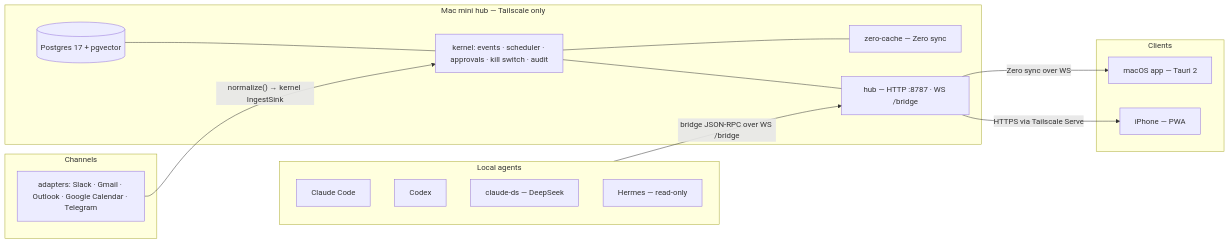
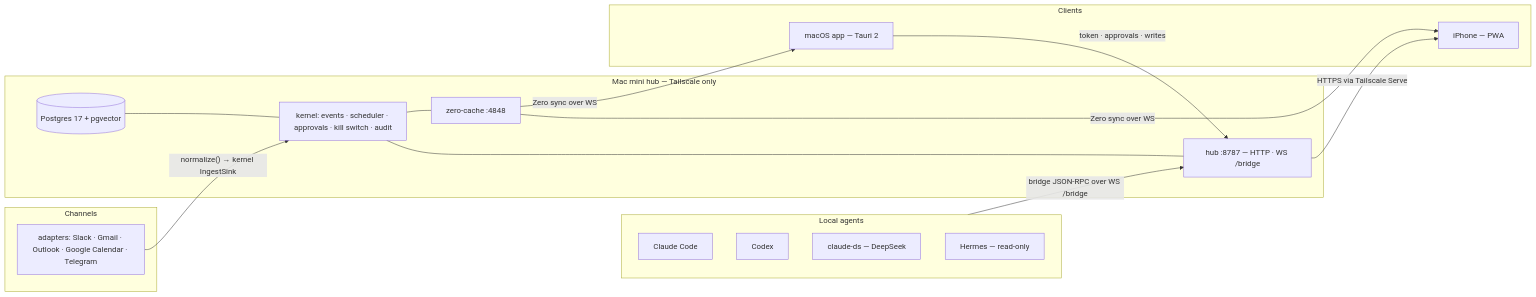
Before and after one commit to immensus-team/omnis: the diagram in README.md, drawn with Mermaid. The commit also changed other lines of this file, not shown here.

First line of the commit message:
docs: README — fix the pitch, the sync path, and the mini quickstart

````diff
--- a/README.md
+++ b/README.md
@@ -60,33 +63,35 @@
 ```mermaid
 flowchart LR
   subgraph mini["Mac mini hub — Tailscale only"]
     PG[("Postgres 17 + pgvector")]
     K["kernel: events · scheduler · approvals · kill switch · audit"]
-    Z["zero-cache — Zero sync"]
-    H["hub — HTTP :8787 · WS /bridge"]
+    Z["zero-cache :4848"]
+    H["hub :8787 — HTTP · WS /bridge"]
     PG --- K
     K --- Z
     K --- H
   end
 
   subgraph clients["Clients"]
     M["macOS app — Tauri 2"]
     P["iPhone — PWA"]
   end
 
   subgraph agents["Local agents"]
     CC["Claude Code"]
     CX["Codex"]
     DS["claude-ds — DeepSeek"]
     HM["Hermes — read-only"]
   end
 
   subgraph channels["Channels"]
     A["adapters: Slack · Gmail · Outlook · Google Calendar · Telegram"]
   end
 
-  H -->|"Zero sync over WS"| M
+  Z -->|"Zero sync over WS"| M
+  Z -->|"Zero sync over WS"| P
   H -->|"HTTPS via Tailscale Serve"| P
+  M -->|"token · approvals · writes"| H
   agents -->|"bridge JSON-RPC over WS /bridge"| H
   A -->|"normalize() → kernel IngestSink"| K
 ```
````
